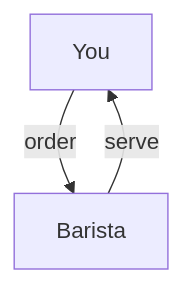
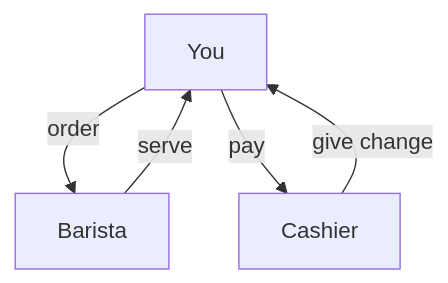
One commit to Param-Harrison/ebook-writer changed the second of 10 diagrams in books/afrinenglish-sample.md. Above: the diagram before and after it, drawn with Mermaid. The commit also changed other lines of this file and 1 other file, not shown here.

````diff
--- a/books/afrinenglish-sample.md
+++ b/books/afrinenglish-sample.md
@@ -50,5 +70,7 @@
 ```mermaid
 graph TD
   You-->|order|Barista
   Barista-->|serve|You
+  You-->|pay|Cashier
+  Cashier-->|give change|You
 ```
````
